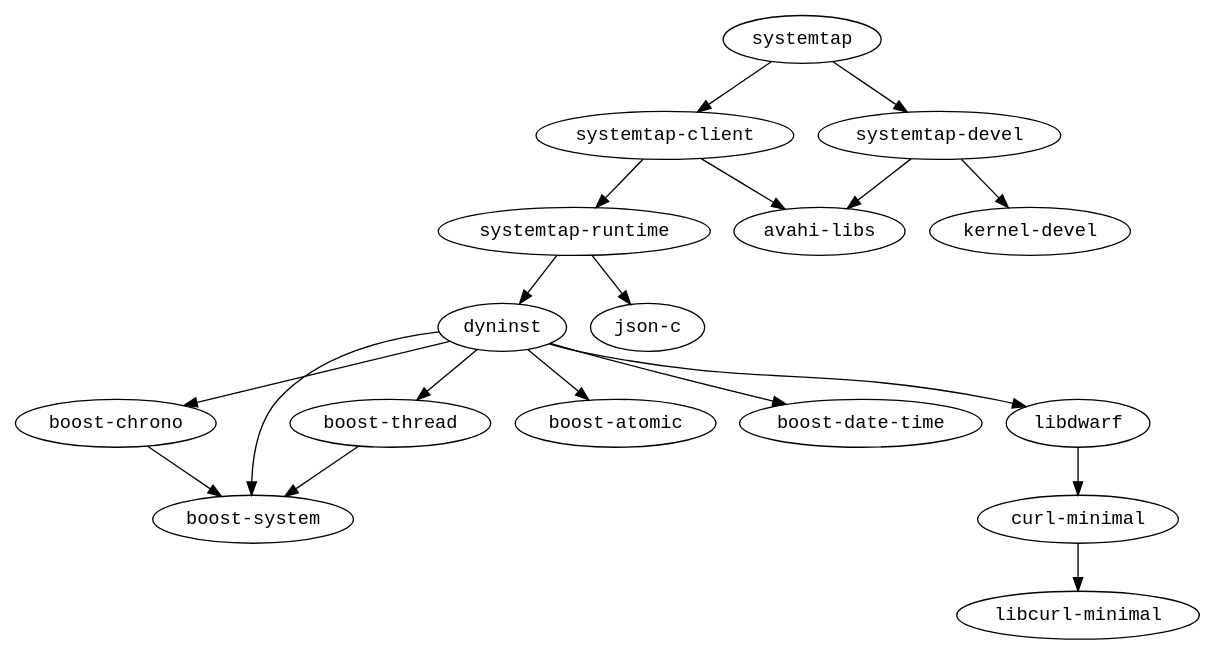
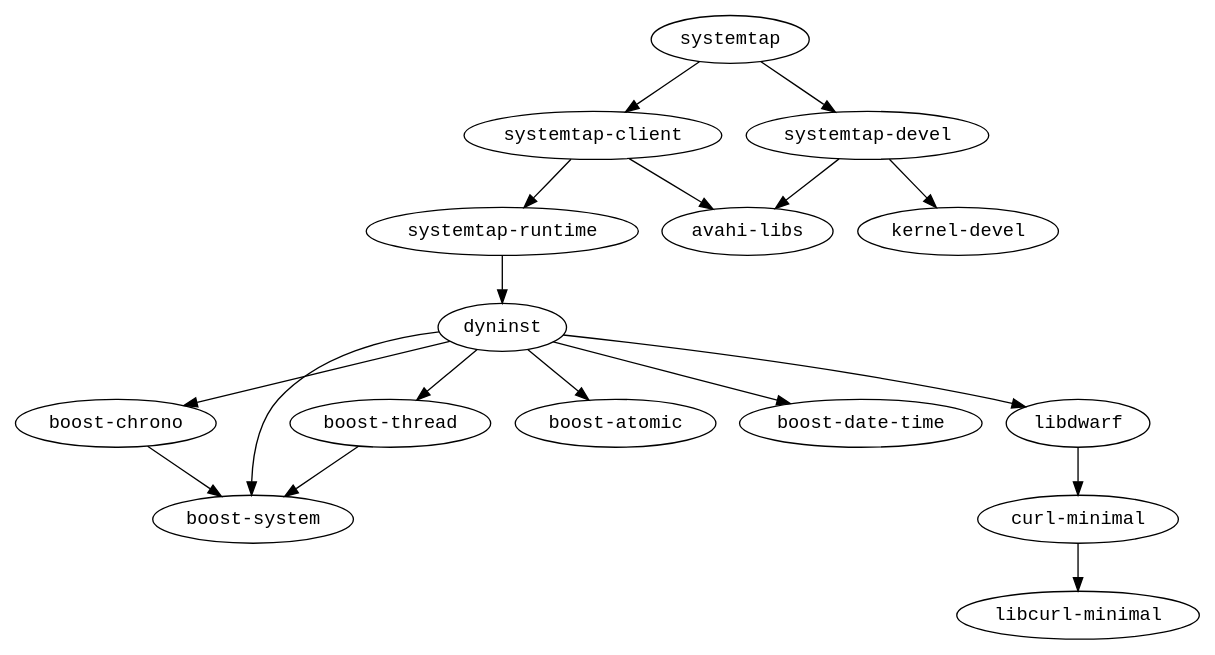
The diagram in modules/systemtap/ppc64/graph.dot (fedora-modularity/dependency-report), drawn with Graphviz before and after one commit. The commit also changed 3439 other files, not shown here.

```diff
--- a/modules/systemtap/ppc64/graph.dot
+++ b/modules/systemtap/ppc64/graph.dot
@@ -1,21 +1,20 @@
 strict digraph G {
 node [fontname=monospace];
   "boost-chrono" -> "boost-system";
   "boost-thread" -> "boost-system";
   "curl-minimal" -> "libcurl-minimal";
   "dyninst" -> "boost-atomic";
   "dyninst" -> "boost-chrono";
   "dyninst" -> "boost-date-time";
   "dyninst" -> "boost-system";
   "dyninst" -> "boost-thread";
   "dyninst" -> "libdwarf";
   "libdwarf" -> "curl-minimal";
   "systemtap-client" -> "avahi-libs";
   "systemtap-client" -> "systemtap-runtime";
   "systemtap-devel" -> "avahi-libs";
   "systemtap-devel" -> "kernel-devel";
   "systemtap-runtime" -> "dyninst";
-  "systemtap-runtime" -> "json-c";
   "systemtap" -> "systemtap-client";
   "systemtap" -> "systemtap-devel";
 }
```
